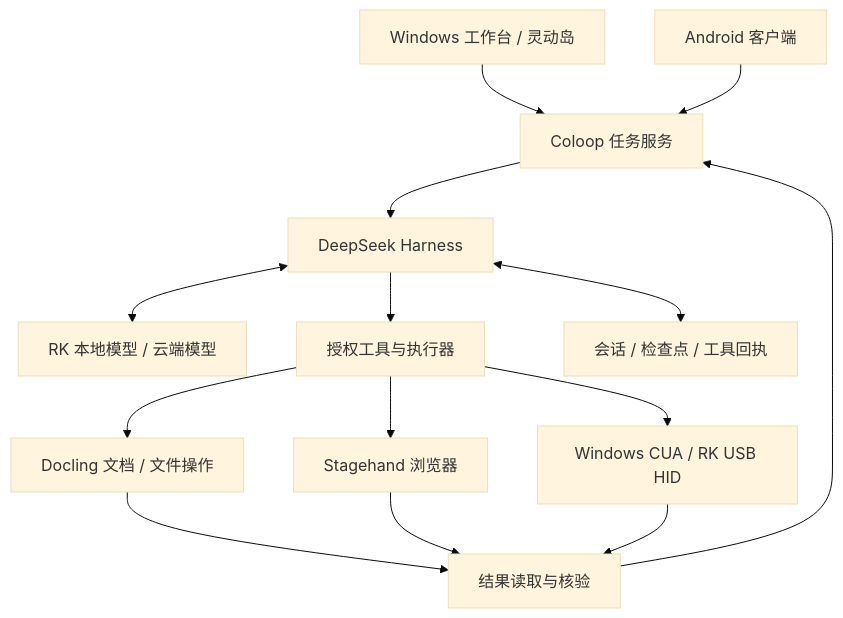
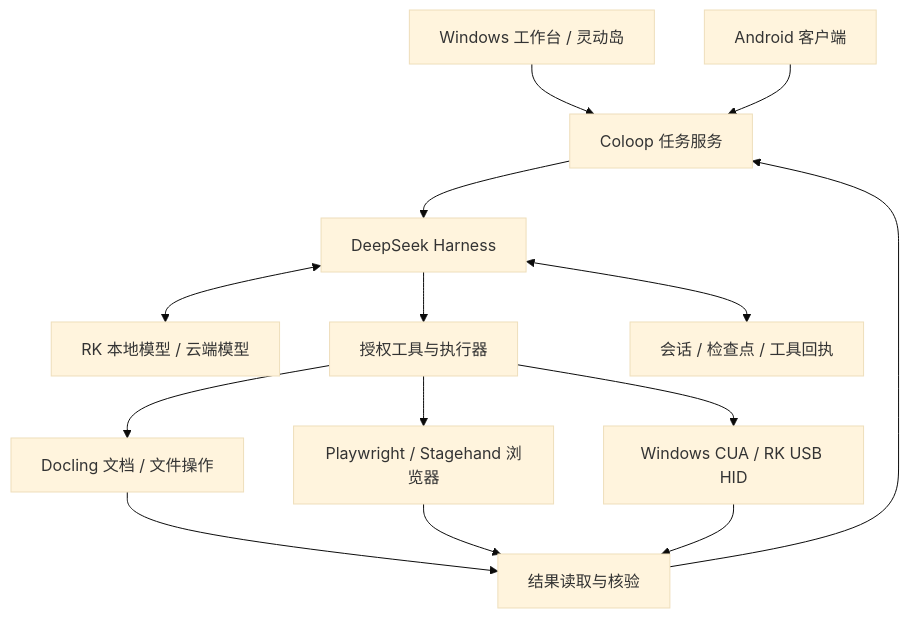
The diagram in README.md (Coolenz/Coloop), drawn with Mermaid (base theme) before and after one commit. The commit also changed other lines of this file and 192 other files, not shown here.

````diff
--- a/README.md
+++ b/README.md
@@ -115,16 +115,16 @@
 ```mermaid
 flowchart TB
     Desktop[Windows 工作台 / 灵动岛] --> Host[Coloop 任务服务]
     Phone[Android 客户端] --> Host
     Host --> DSH[DeepSeek Harness]
     DSH <--> Models[RK 本地模型 / 云端模型]
     DSH --> Tools[授权工具与执行器]
     Tools --> Docs[Docling 文档 / 文件操作]
-    Tools --> Web[Stagehand 浏览器]
+    Tools --> Web[Playwright / Stagehand 浏览器]
     Tools --> Computer[Windows CUA / RK USB HID]
     Docs --> Verify[结果读取与核验]
     Web --> Verify
     Computer --> Verify
     Verify --> Host
     DSH <--> State[会话 / 检查点 / 工具回执]
 ```
````
